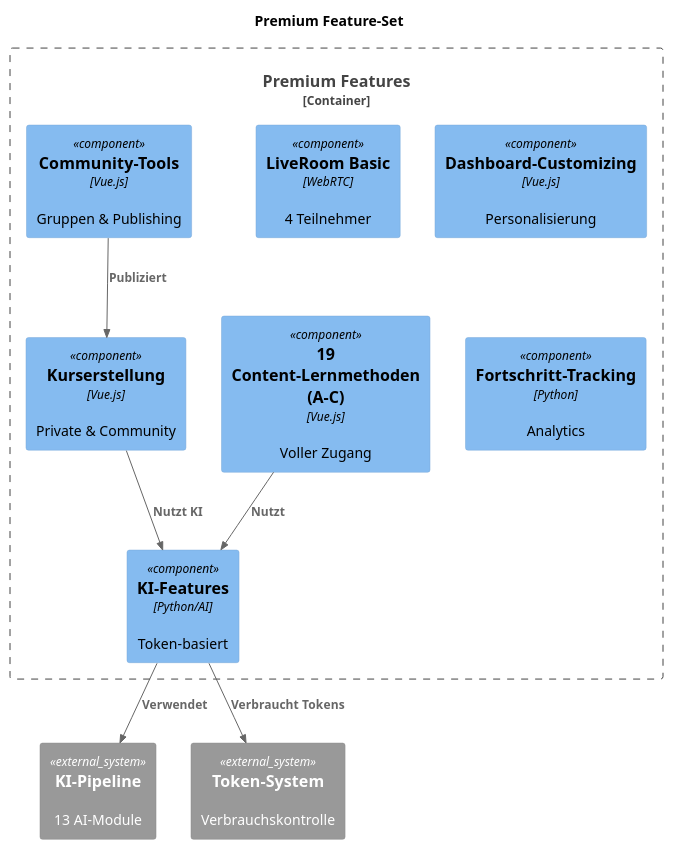
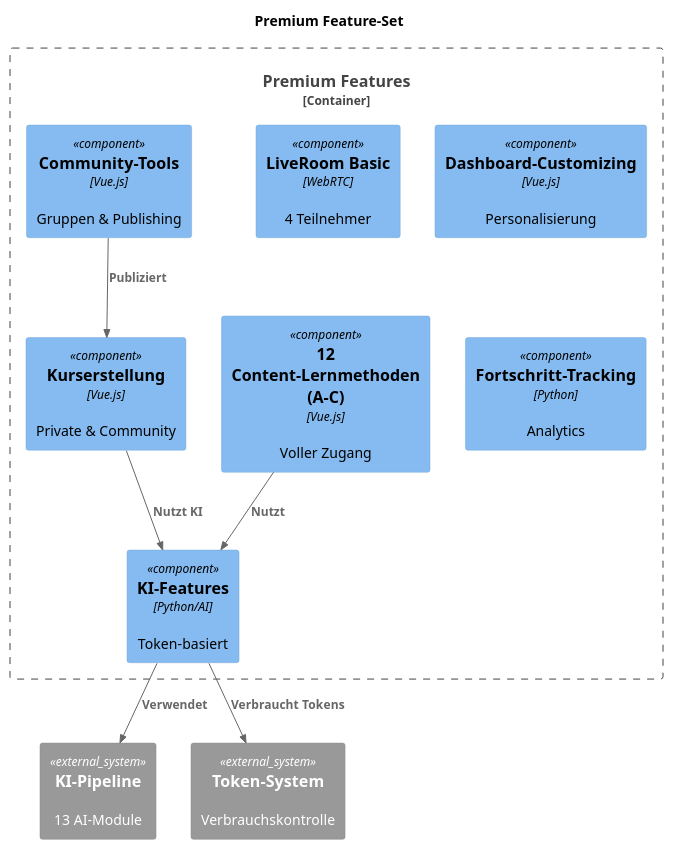
Before and after one commit to flokflok1/lernseite: the sixth of 21 diagrams in LernsystemX-Doku/02_Business/01_Premium-Modell.md, drawn with PlantUML. The commit also changed other lines of this file and 1490 other files, not shown here.

````diff
--- a/LernsystemX-Doku/02_Business/01_Premium-Modell.md
+++ b/LernsystemX-Doku/02_Business/01_Premium-Modell.md
@@ -326,27 +326,27 @@
 ```plantuml
 @startuml
 !include <C4/C4_Component>
 
 title Premium Feature-Set
 
 Container_Boundary(premium_features, "Premium Features") {
-  Component(learning_methods, "19 Content-Lernmethoden (A-C)", "Vue.js", "Voller Zugang")
+  Component(learning_methods, "12 Content-Lernmethoden (A-C)", "Vue.js", "Voller Zugang")
   Component(ai_features, "KI-Features", "Python/AI", "Token-basiert")
   Component(course_creation, "Kurserstellung", "Vue.js", "Private & Community")
   Component(community, "Community-Tools", "Vue.js", "Gruppen & Publishing")
   Component(liveroom, "LiveRoom Basic", "WebRTC", "4 Teilnehmer")
   Component(dashboard, "Dashboard-Customizing", "Vue.js", "Personalisierung")
   Component(progress_tracking, "Fortschritt-Tracking", "Python", "Analytics")
 }
 
 System_Ext(ai_pipeline, "KI-Pipeline", "13 AI-Module")
 System_Ext(token_system, "Token-System", "Verbrauchskontrolle")
 
 Rel(learning_methods, ai_features, "Nutzt")
 Rel(ai_features, ai_pipeline, "Verwendet")
 Rel(ai_features, token_system, "Verbraucht Tokens")
 Rel(course_creation, ai_features, "Nutzt KI")
 Rel(community, course_creation, "Publiziert")
 
 @enduml
 ```
````
